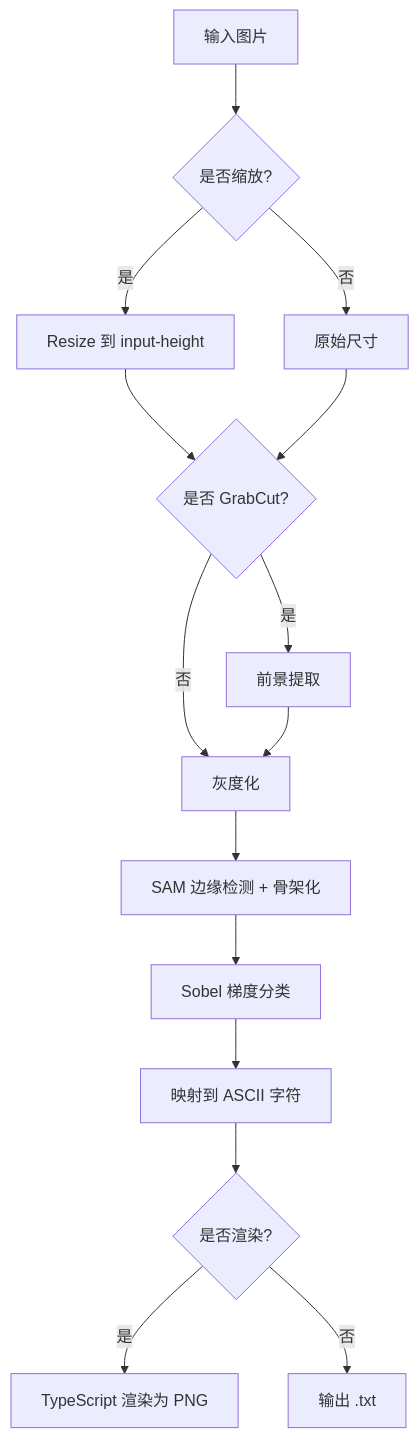
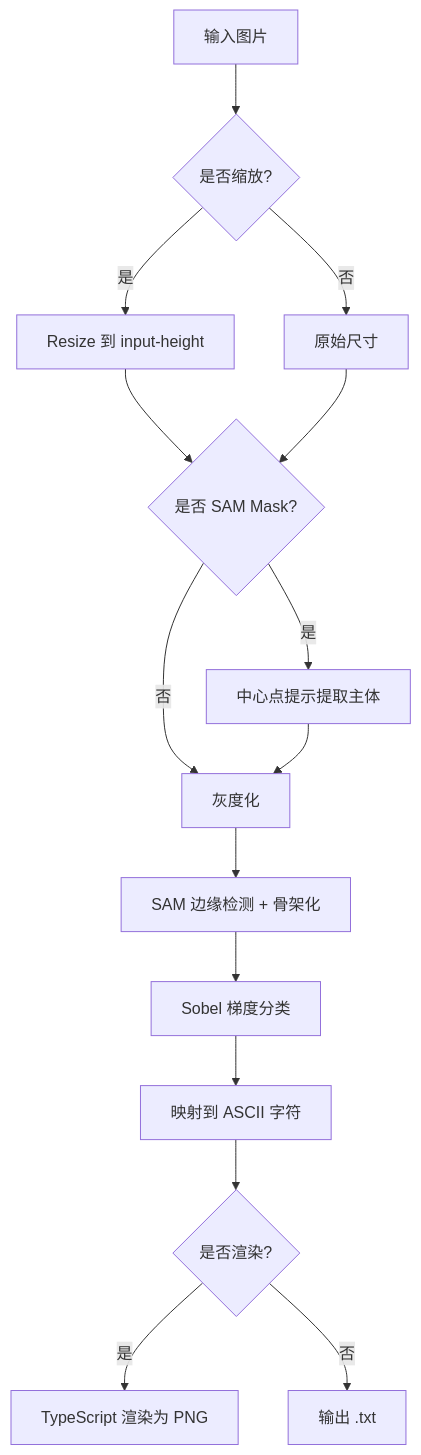
One commit to asinkLuno/gEInk changed the fourth of 4 diagrams in README.md. Above: the diagram before and after it, drawn with Mermaid. The commit also changed other lines of this file and 4 other files, not shown here.

First line of the commit message:
prompt(ascii-art): replace GrabCut with SAM center-point mask and add line-art fast path

````diff
--- a/README.md
+++ b/README.md
@@ -302,17 +302,17 @@
 ```mermaid
 flowchart TD
     A[输入图片] --> B{是否缩放?}
     B -->|是| C[Resize 到 input-height]
     B -->|否| D[原始尺寸]
-    C --> E{是否 GrabCut?}
+    C --> E{是否 SAM Mask?}
     D --> E
-    E -->|是| F[前景提取]
+    E -->|是| F[中心点提示提取主体]
     E -->|否| G[灰度化]
     F --> G
     G --> H[SAM 边缘检测 + 骨架化]
     H --> I[Sobel 梯度分类]
     I --> J[映射到 ASCII 字符]
     J --> K{是否渲染?}
     K -->|是| L[TypeScript 渲染为 PNG]
     K -->|否| M[输出 .txt]
 ```
````
